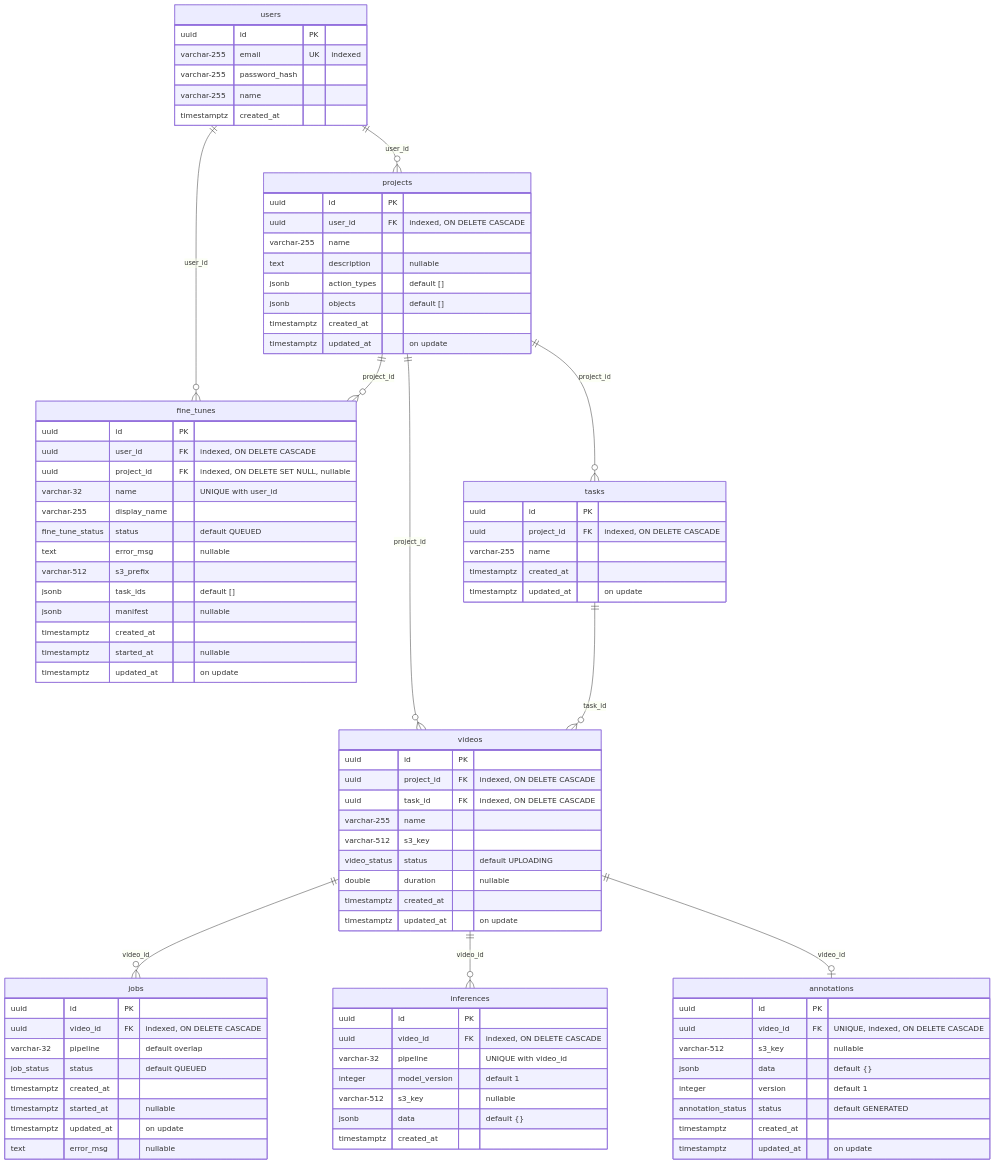
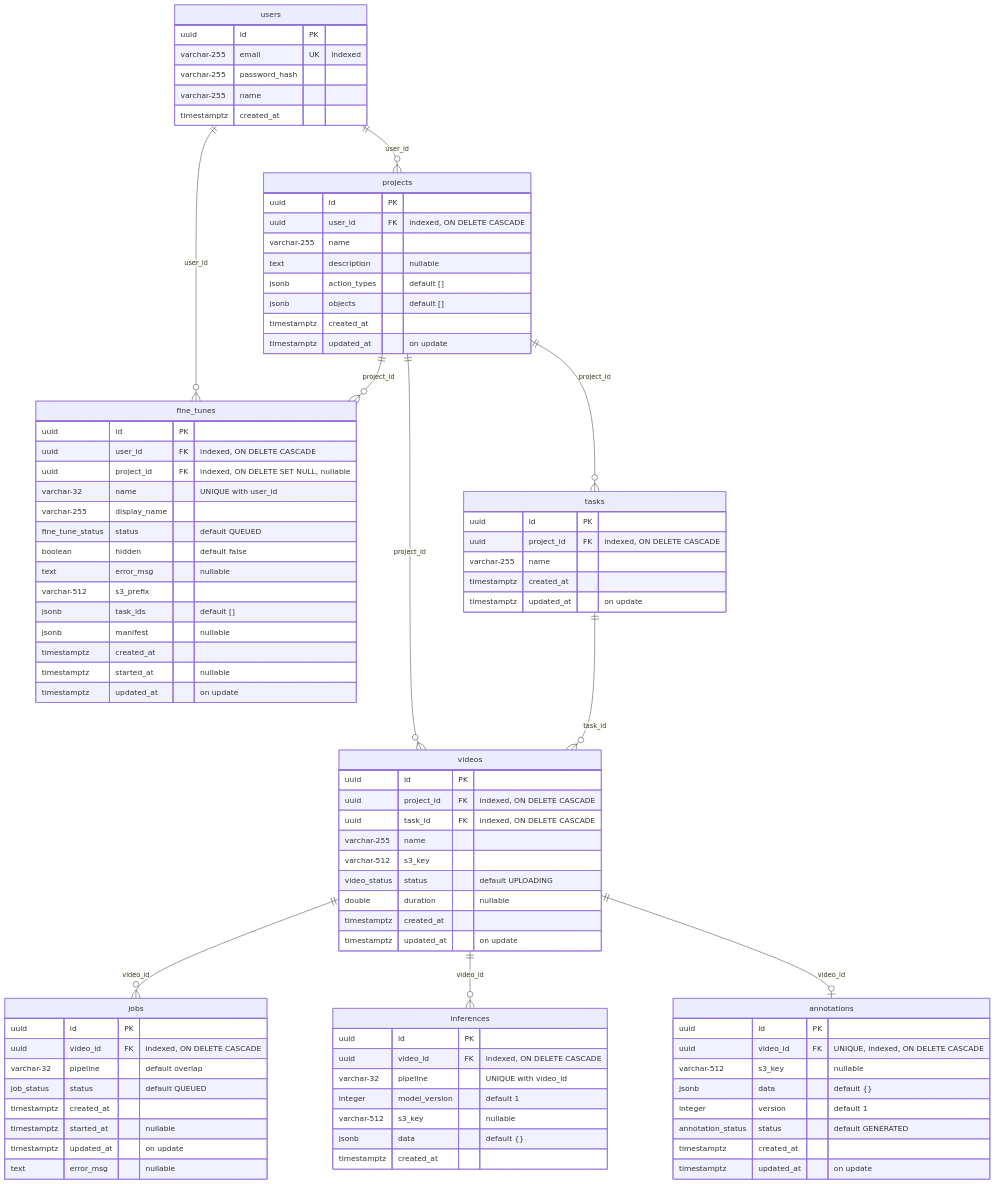
One commit to sadjava/boundr changed the diagram in docs/database.md. Above: the diagram before and after it, drawn with Mermaid. The commit also changed other lines of this file and 17 other files, not shown here.

```diff
--- a/docs/database.md
+++ b/docs/database.md
@@ -101,6 +101,7 @@
         varchar-32 name "UNIQUE with user_id"
         varchar-255 display_name
         fine_tune_status status "default QUEUED"
+        boolean hidden "default false"
         text error_msg "nullable"
         varchar-512 s3_prefix
         jsonb task_ids "default []"
```
